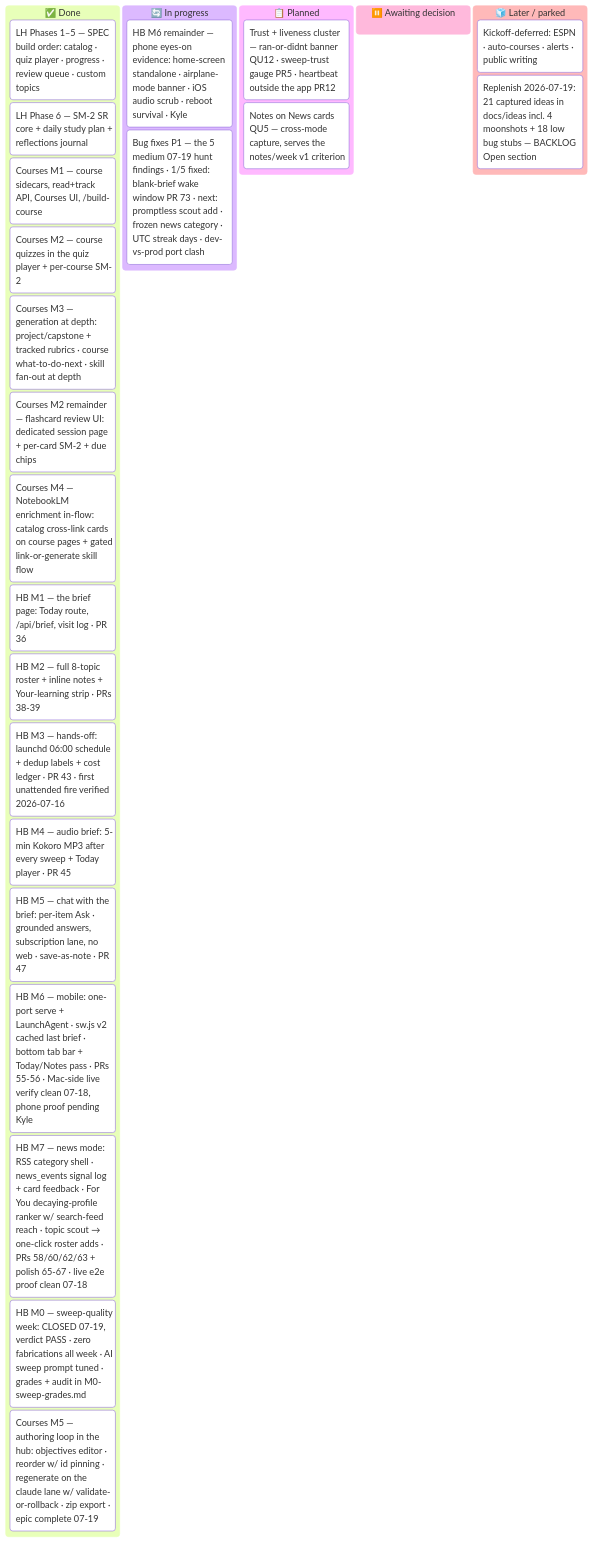
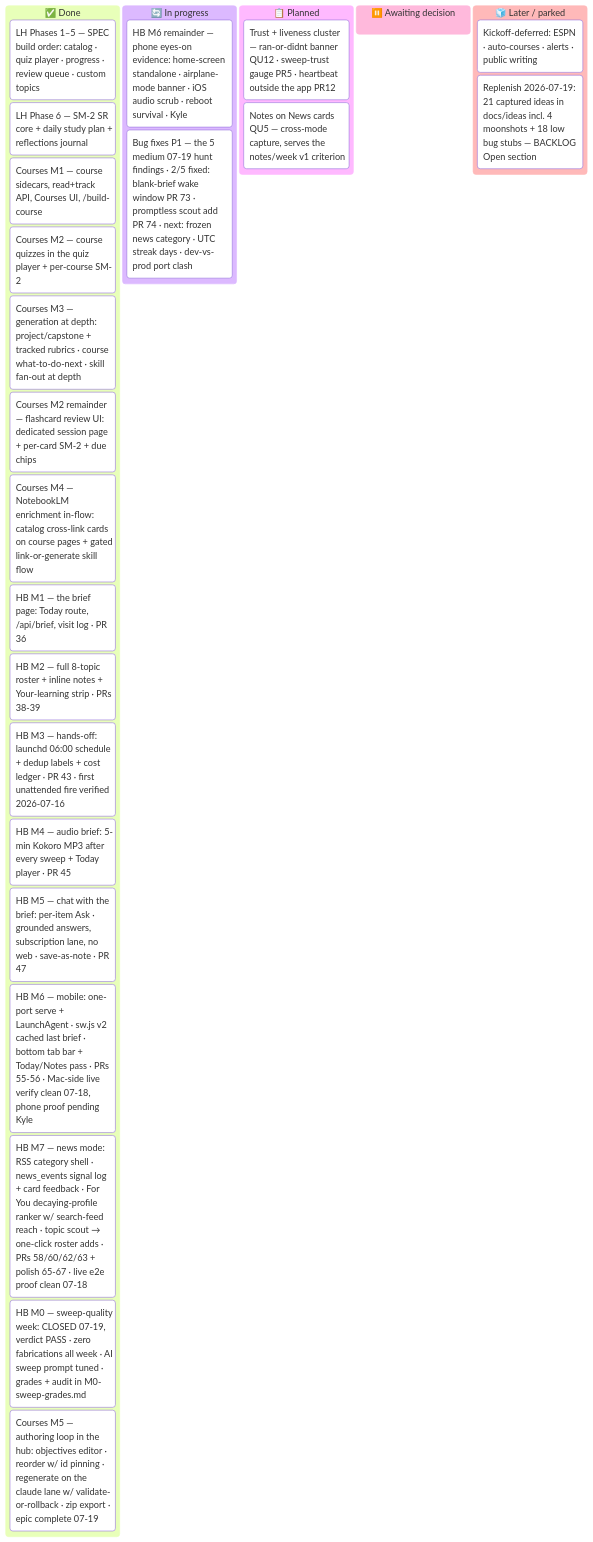
The diagram in docs/MASTER_PLAN.md (ksdisch/home-base), drawn with Mermaid before and after one commit. The commit also changed other lines of this file and 1 other file, not shown here.

Commit message:
docs: BACKLOG + MASTER_PLAN — P1 bug #2 fixed (PR #74), 2/5 on the card

````diff
--- a/docs/MASTER_PLAN.md
+++ b/docs/MASTER_PLAN.md
@@ -42,30 +42,30 @@
 ```mermaid
 kanban
   done["✅ Done"]
     lh15["LH Phases 1–5 — SPEC build order: catalog · quiz player · progress · review queue · custom topics"]
     lh6["LH Phase 6 — SM-2 SR core + daily study plan + reflections journal"]
     lh7["Courses M1 — course sidecars, read+track API, Courses UI, /build-course"]
     lh7m2["Courses M2 — course quizzes in the quiz player + per-course SM-2"]
     lh7m3["Courses M3 — generation at depth: project/capstone + tracked rubrics · course what-to-do-next · skill fan-out at depth"]
     lh7fc["Courses M2 remainder — flashcard review UI: dedicated session page + per-card SM-2 + due chips"]
     lh7m4["Courses M4 — NotebookLM enrichment in-flow: catalog cross-link cards on course pages + gated link-or-generate skill flow"]
     hbm1["HB M1 — the brief page: Today route, /api/brief, visit log · PR 36"]
     hbm2["HB M2 — full 8-topic roster + inline notes + Your-learning strip · PRs 38-39"]
     hbm3["HB M3 — hands-off: launchd 06:00 schedule + dedup labels + cost ledger · PR 43 · first unattended fire verified 2026-07-16"]
     hbm4["HB M4 — audio brief: 5-min Kokoro MP3 after every sweep + Today player · PR 45"]
     hbm5["HB M5 — chat with the brief: per-item Ask · grounded answers, subscription lane, no web · save-as-note · PR 47"]
     hbm6["HB M6 — mobile: one-port serve + LaunchAgent · sw.js v2 cached last brief · bottom tab bar + Today/Notes pass · PRs 55-56 · Mac-side live verify clean 07-18, phone proof pending Kyle"]
     hbm7["HB M7 — news mode: RSS category shell · news_events signal log + card feedback · For You decaying-profile ranker w/ search-feed reach · topic scout → one-click roster adds · PRs 58/60/62/63 + polish 65-67 · live e2e proof clean 07-18"]
     hbm0["HB M0 — sweep-quality week: CLOSED 07-19, verdict PASS · zero fabrications all week · AI sweep prompt tuned · grades + audit in M0-sweep-grades.md"]
     cm5["Courses M5 — authoring loop in the hub: objectives editor · reorder w/ id pinning · regenerate on the claude lane w/ validate-or-rollback · zip export · epic complete 07-19"]
   doing["🔄 In progress"]
     hbm6proof["HB M6 remainder — phone eyes-on evidence: home-screen standalone · airplane-mode banner · iOS audio scrub · reboot survival · Kyle"]
-    bugp1["Bug fixes P1 — the 5 medium 07-19 hunt findings · 1/5 fixed: blank-brief wake window PR 73 · next: promptless scout add · frozen news category · UTC streak days · dev-vs-prod port clash"]
+    bugp1["Bug fixes P1 — the 5 medium 07-19 hunt findings · 2/5 fixed: blank-brief wake window PR 73 · promptless scout add PR 74 · next: frozen news category · UTC streak days · dev-vs-prod port clash"]
   next["📋 Planned"]
     trust["Trust + liveness cluster — ran-or-didnt banner QU12 · sweep-trust gauge PR5 · heartbeat outside the app PR12"]
     qnotes["Notes on News cards QU5 — cross-mode capture, serves the notes/week v1 criterion"]
   decide["⏸️ Awaiting decision"]
   later["🧊 Later / parked"]
     defer["Kickoff-deferred: ESPN · auto-courses · alerts · public writing"]
     replen["Replenish 2026-07-19: 21 captured ideas in docs/ideas incl. 4 moonshots + 18 low bug stubs — BACKLOG Open section"]
 ```
````
